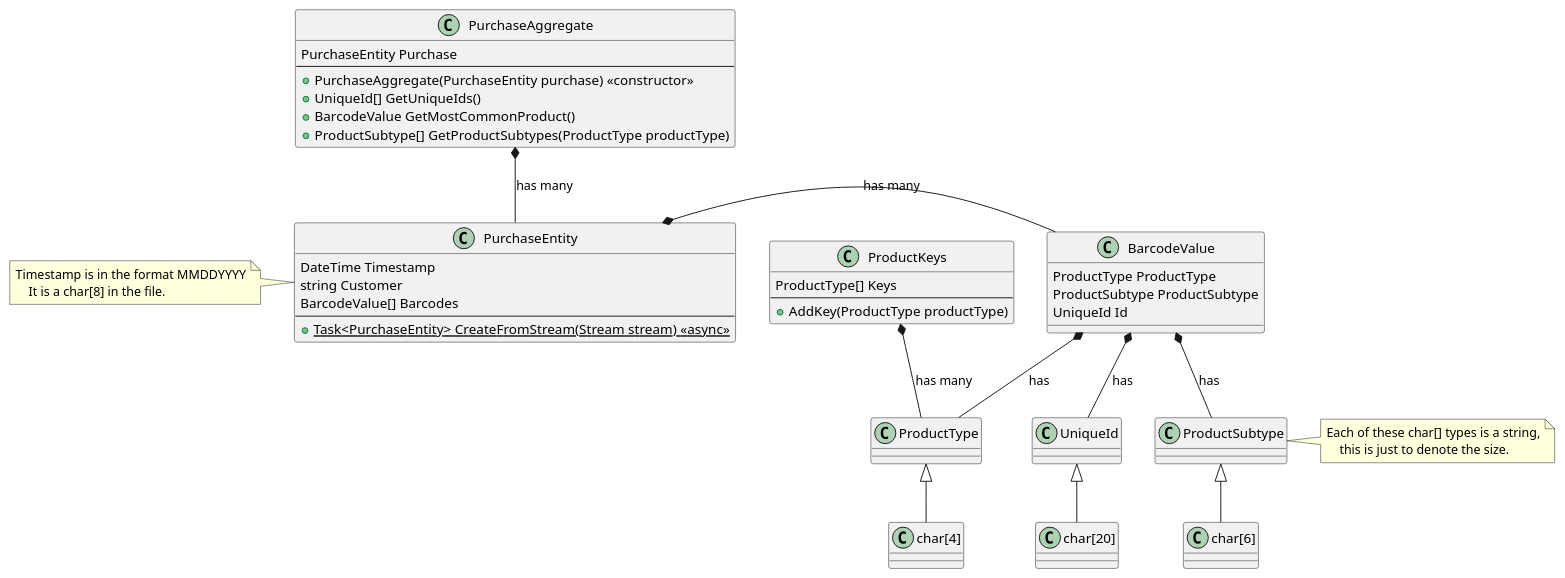
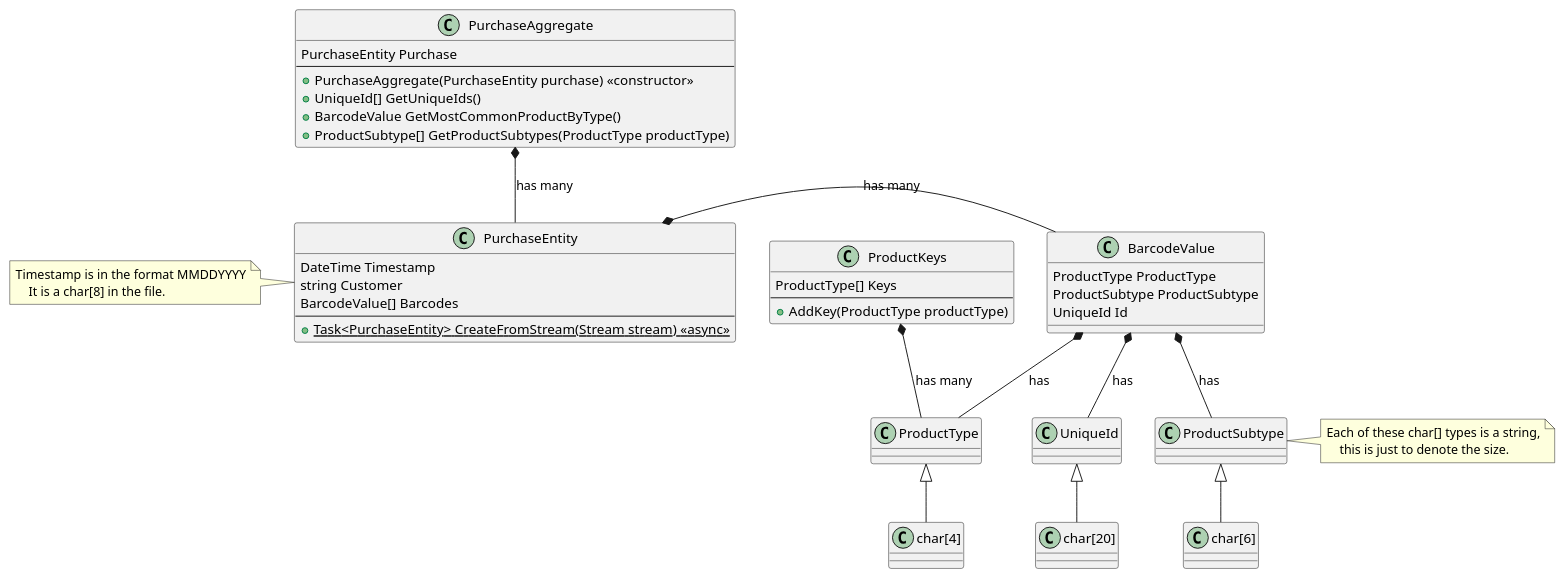
The diagram in docs/classStructure.puml (aholmes/2020-InterviewRound3), drawn with PlantUML before and after one commit. The commit also changed 7 other files, not shown here.

```diff
--- a/docs/classStructure.puml
+++ b/docs/classStructure.puml
@@ -1,64 +1,64 @@
 @startuml
 
 '01232020Jamie
 'BEVGTTKYGDGJHGTFBNGDVZJGDIPXVS
 'CANFDNSKAVOUXSCGSYBHQYHNMDQOBL
 'FRZNQQNPSESCHIMIXOUHNAWLXRZEPT
 'BEVGZYUFGNIHDCZIPWLZJLPDSGNEAH
 
 class ProductKeys {
     ProductType[] Keys
     --
     +AddKey(ProductType productType)
 }
 
 class PurchaseEntity {
     DateTime Timestamp
     string Customer
     BarcodeValue[] Barcodes
     --
     {static} +Task<PurchaseEntity> CreateFromStream(Stream stream) <<async>>
 }
 note left
 Timestamp is in the format MMDDYYYY
     It is a char[8] in the file.
 end note
 
 class PurchaseAggregate {
     PurchaseEntity Purchase
     --
     +PurchaseAggregate(PurchaseEntity purchase) <<constructor>>
     +UniqueId[] GetUniqueIds()
-    +BarcodeValue GetMostCommonProduct()
+    +BarcodeValue GetMostCommonProductByType()
     +ProductSubtype[] GetProductSubtypes(ProductType productType)
 }
 
 class "char[4]" as char4
 class "char[6]" as char6
 class "char[20]" as char20
 
 ProductType <|-- char4
 ProductSubtype <|-- char6
 UniqueId <|-- char20
 note right of ProductSubtype
 Each of these char[] types is a string,
     this is just to denote the size.
 end note
 
 class BarcodeValue {
     ProductType ProductType
     ProductSubtype ProductSubtype
     UniqueId Id
 }
 
 BarcodeValue *-- ProductType : has
 BarcodeValue *-- ProductSubtype : has
 BarcodeValue *-- UniqueId : has
 
 ProductKeys *-- ProductType : has many
 
 PurchaseEntity *- BarcodeValue : has many
 
 PurchaseAggregate *-- PurchaseEntity : has many
 
 @enduml
```
